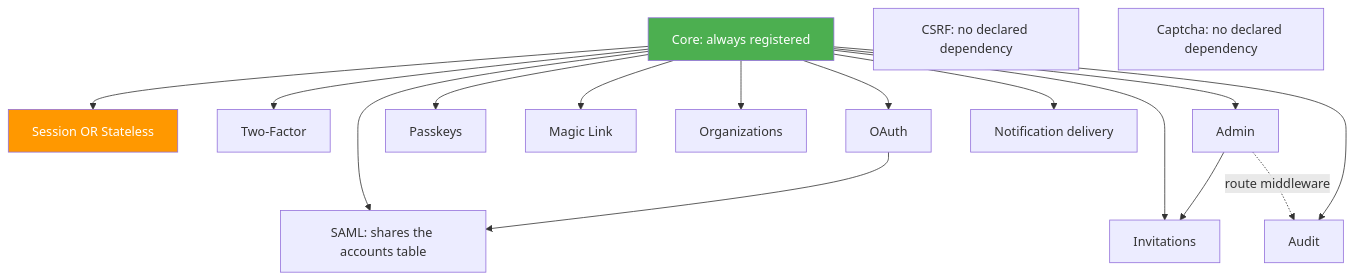
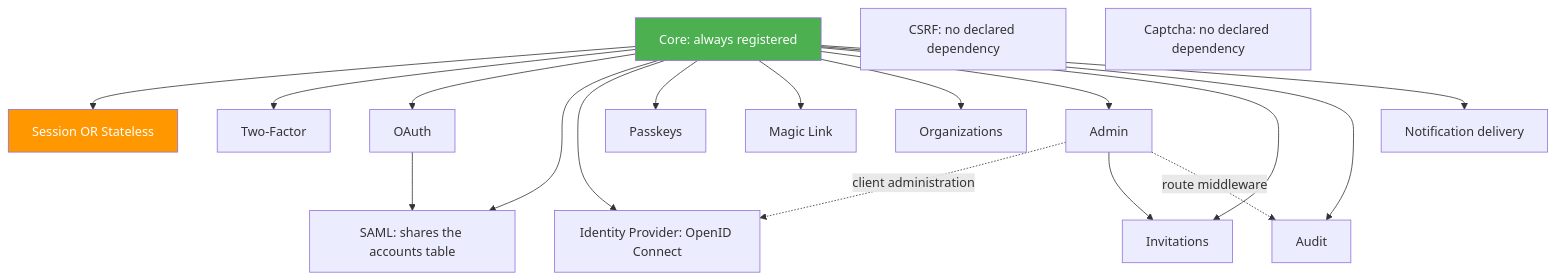
Before and after one commit to bete7512/goauth: the second of 7 diagrams in docs/docs/architecture.md, drawn with Mermaid. The commit also changed 85 other files, not shown here.

````diff
--- a/docs/docs/architecture.md
+++ b/docs/docs/architecture.md
@@ -85,22 +85,24 @@
 ```mermaid
 graph TD
     Core["Core: always registered"]
     Core --> Session["Session OR Stateless"]
     Core --> TwoFactor["Two-Factor"]
     Core --> OAuth["OAuth"]
     OAuth --> SAML["SAML: shares the accounts table"]
     Core --> SAML
+    Core --> IDP["Identity Provider: OpenID Connect"]
+    Admin -.->|client administration| IDP
     Core --> Passkeys["Passkeys"]
     Core --> MagicLink["Magic Link"]
     Core --> Organization["Organizations"]
     Core --> Admin["Admin"]
     Admin --> Invitation["Invitations"]
     Core --> Invitation
     Core --> Audit["Audit"]
     Admin -.->|route middleware| Audit
     Core --> Notification["Notification delivery"]
     CSRF["CSRF: no declared dependency"]
     Captcha["Captcha: no declared dependency"]
     style Core fill:#4CAF50,color:#fff
     style Session fill:#FF9800,color:#fff
 ```
````
